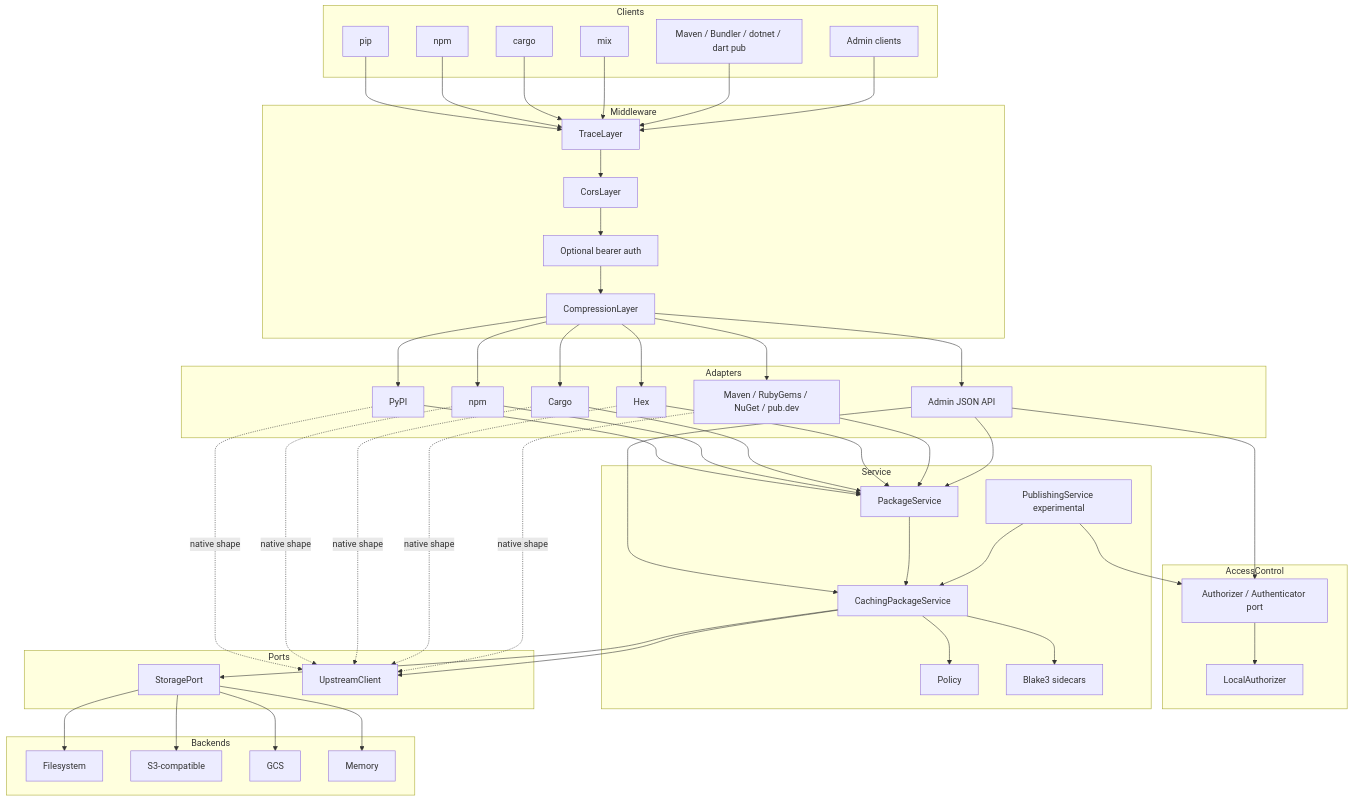
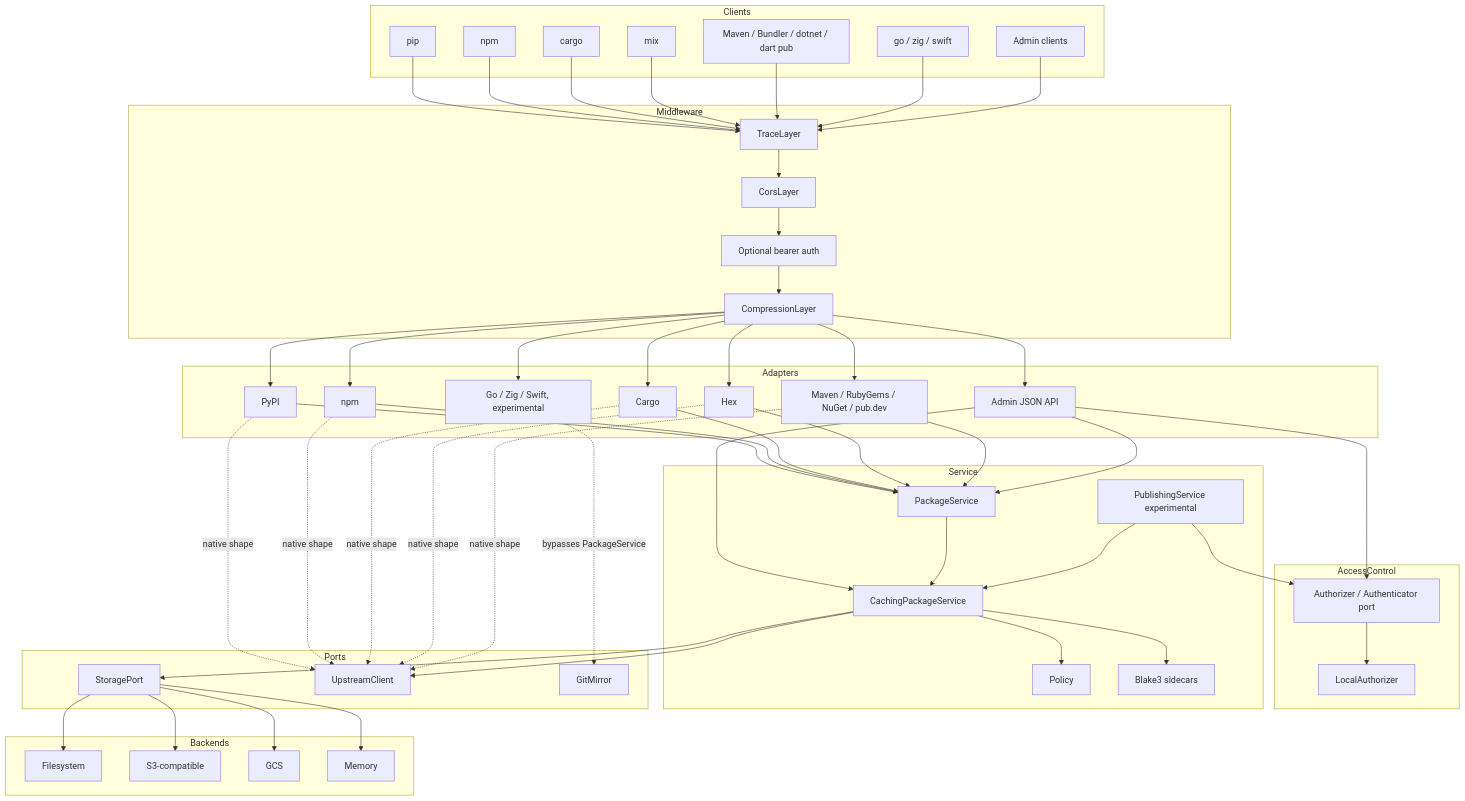
Before and after one commit to Goldziher/starmetal: the first of 3 diagrams in docs/architecture.md, drawn with Mermaid. The commit also changed other lines of this file and 3 other files, not shown here.

```diff
--- a/docs/architecture.md
+++ b/docs/architecture.md
@@ -25,6 +26,7 @@
         cargo_cli[cargo]
         mix[mix]
         extra_clients[Maven / Bundler / dotnet / dart pub]
+        git_clients[go / zig / swift]
         admin_client[Admin clients]
     end
 
@@ -46,6 +48,7 @@
         cargo[Cargo]
         hex[Hex]
         extra[Maven / RubyGems / NuGet / pub.dev]
+        git_adapters[Go / Zig / Swift, experimental]
         admin[Admin JSON API]
     end
 
@@ -64,6 +67,7 @@
     subgraph Ports
         storage[StoragePort]
         upstreams[UpstreamClient]
+        git_mirror[GitMirror]
     end
 
     subgraph Backends
@@ -78,6 +82,7 @@
     cargo_cli --> trace
     mix --> trace
     extra_clients --> trace
+    git_clients --> trace
     admin_client --> trace
 
     trace --> cors --> auth --> compress
@@ -87,6 +92,7 @@
     compress --> cargo
     compress --> hex
     compress --> extra
+    compress --> git_adapters
     compress --> admin
 
     pypi --> package_service
@@ -103,6 +109,8 @@
     hex -. native shape .-> upstreams
     extra -. native shape .-> upstreams
 
+    git_adapters -. bypasses PackageService .-> git_mirror
+
     package_service --> caching
     publishing --> caching
     caching --> policy
```
